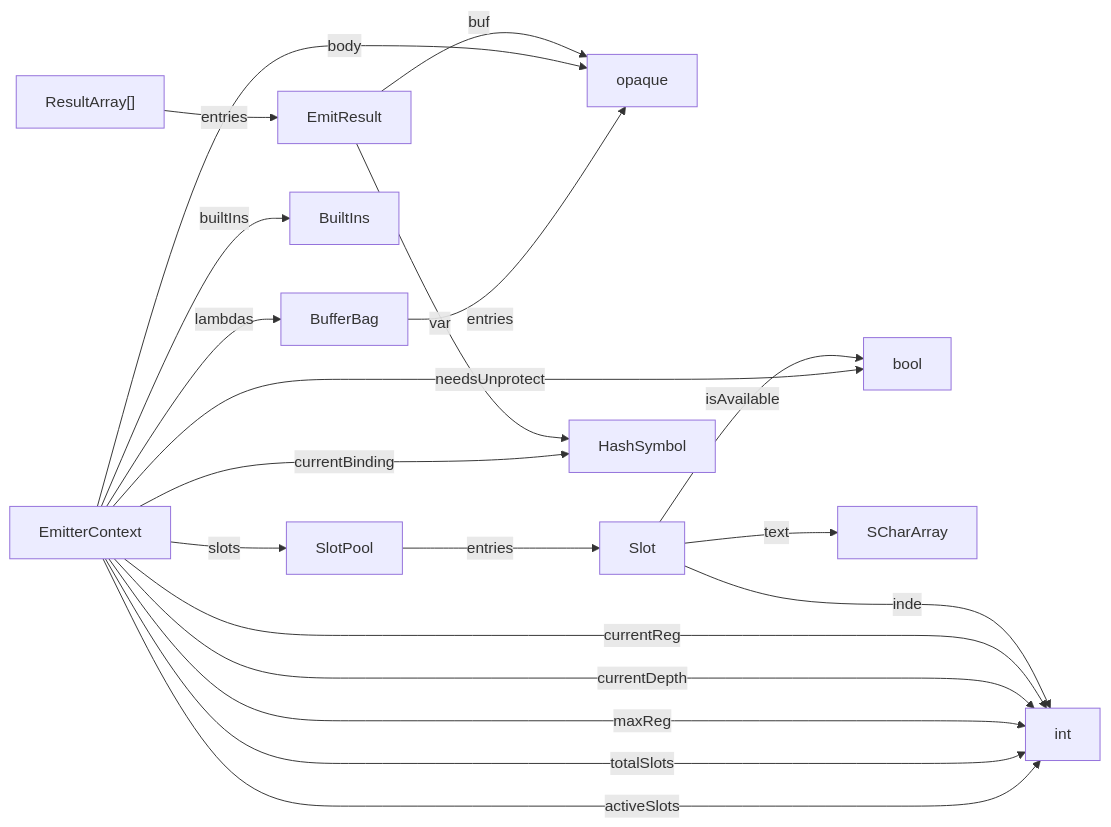
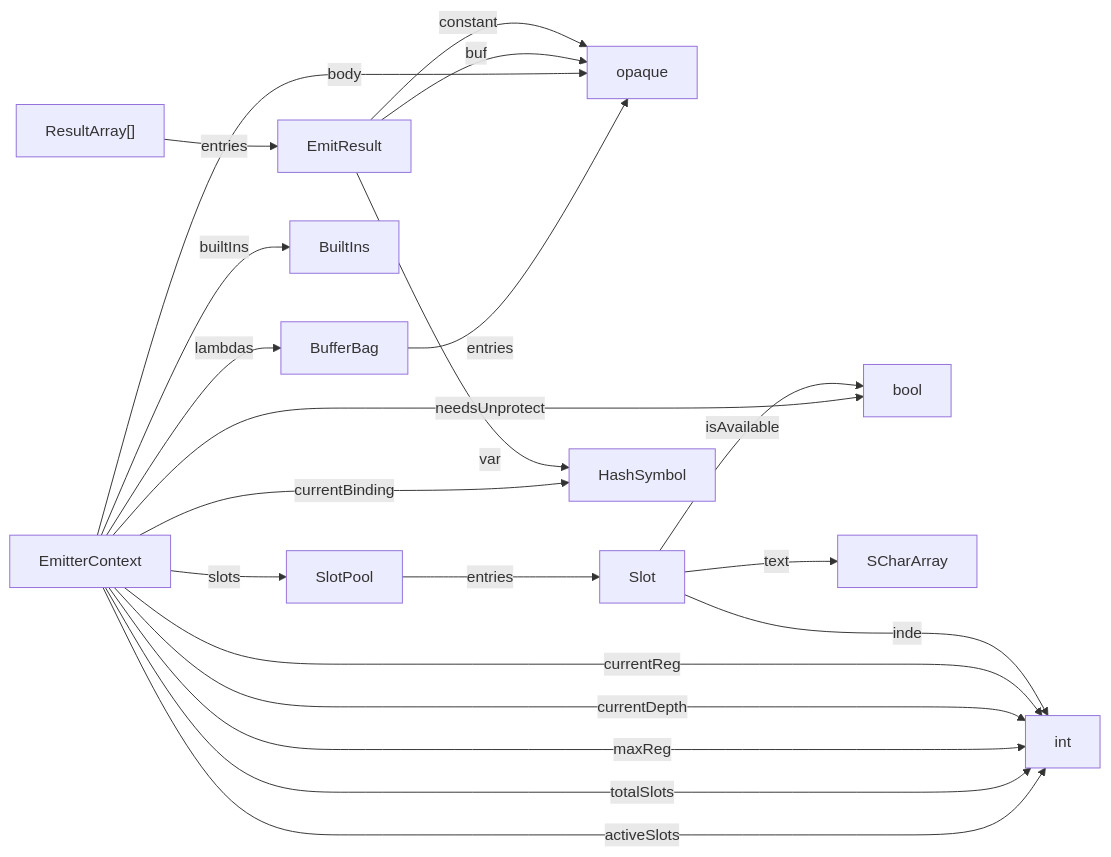
The diagram in docs/generated/emit.md (billhails/CEKF), drawn with Mermaid before and after one commit. The commit also changed 3 other files, not shown here.

````diff
--- a/docs/generated/emit.md
+++ b/docs/generated/emit.md
@@ -5,22 +5,23 @@
 ```mermaid
 flowchart LR
 BufferBag --entries--> opaque
 SlotPool --entries--> Slot
 EmitterContext --currentBinding--> HashSymbol
 EmitterContext --lambdas--> BufferBag
 EmitterContext --body--> opaque
 EmitterContext --builtIns--> BuiltIns
 EmitterContext --slots--> SlotPool
 EmitterContext --activeSlots--> int
 EmitterContext --totalSlots--> int
 EmitterContext --maxReg--> int
 EmitterContext --currentDepth--> int
 EmitterContext --currentReg--> int
 EmitterContext --needsUnprotect--> bool
 Slot --isAvailable--> bool
 Slot --text--> SCharArray
 Slot --index--> int
 EmitResult --var--> HashSymbol
 EmitResult --buf--> opaque
+EmitResult --constant--> opaque
 ResultArray["ResultArray[]"] --entries--> EmitResult
 ```
````
